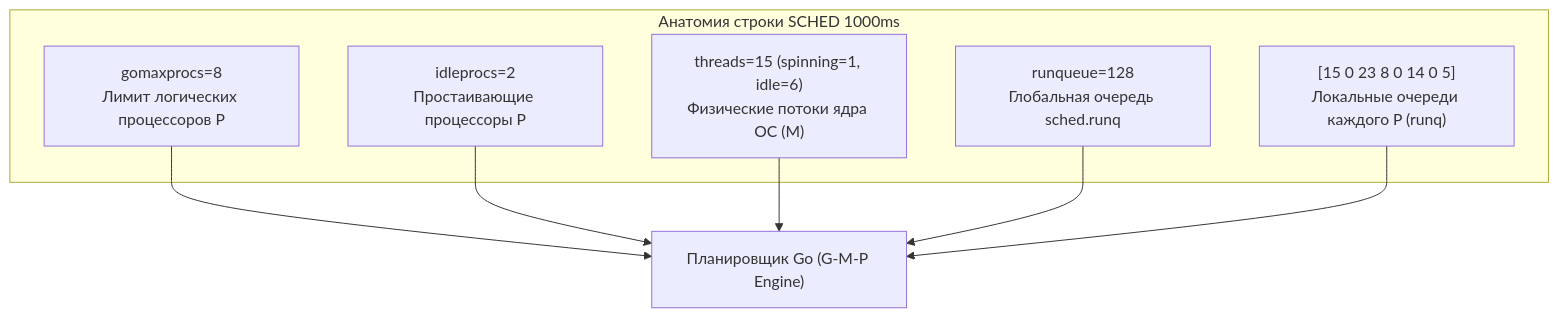
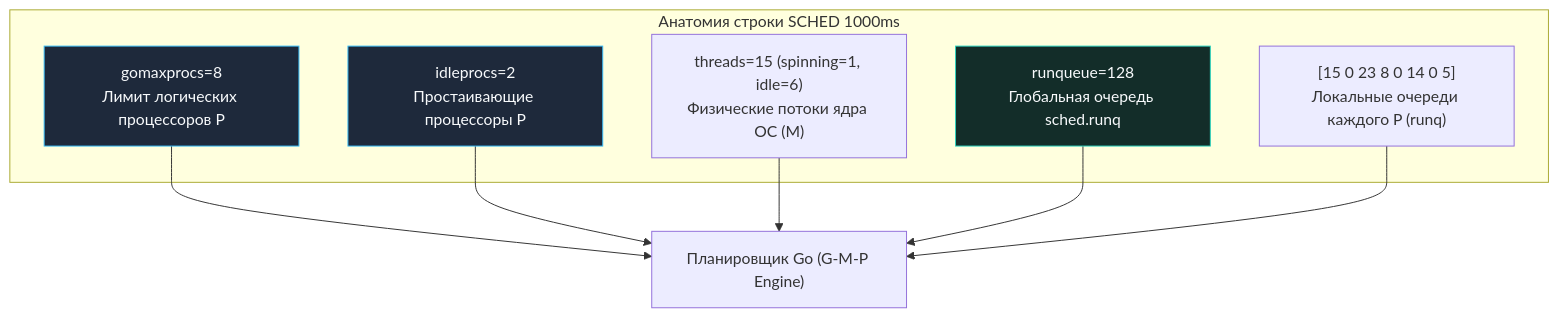
The first of 2 diagrams in sources/16. Профилирование, отладка и производительность/08. Runtime и инструменты/7. scheduler trace.md (UnrealTemplier/go-textbook), drawn with Mermaid before and after one commit. The commit also changed other lines of this file and 1666 other files, not shown here.

First line of the commit message:
feat(mermaid): add semantic color classDef to 1369 colorless flowchart/graph diagrams

````diff
--- a/sources/16. Профилирование, отладка и производительность/08. Runtime и инструменты/7. scheduler trace.md
+++ b/sources/16. Профилирование, отладка и производительность/08. Runtime и инструменты/7. scheduler trace.md
@@ -12,16 +12,26 @@
 ```mermaid
 flowchart TD
+    classDef process  fill:#1e293b,stroke:#38bdf8,stroke-width:1px,color:#f8fafc
+    classDef success  fill:#064e3b,stroke:#34d399,stroke-width:1px,color:#f8fafc
+    classDef error    fill:#7f1d1d,stroke:#f87171,stroke-width:1px,color:#f8fafc
+    classDef warning  fill:#78350f,stroke:#fbbf24,stroke-width:1px,color:#f8fafc
+    classDef entry    fill:#1e3a5f,stroke:#38bdf8,stroke-width:2px,color:#f8fafc
+    classDef aux      fill:#334155,stroke:#64748b,stroke-width:1px,color:#f8fafc
+    classDef system   fill:#312e81,stroke:#a78bfa,stroke-width:1px,color:#f8fafc
+    classDef data     fill:#132d29,stroke:#2dd4bf,stroke-width:1px,color:#f8fafc
+    classDef network  fill:#881337,stroke:#fb7185,stroke-width:1px,color:#f8fafc
+    classDef accent   fill:#1e1b4b,stroke:#818cf8,stroke-width:1px,color:#f8fafc
     subgraph SchedString ["Анатомия строки SCHED 1000ms"]
-        GMP["gomaxprocs=8<br/>Лимит логических процессоров P"]
-        IdleP["idleprocs=2<br/>Простаивающие процессоры P"]
+        GMP["gomaxprocs=8<br/>Лимит логических процессоров P"]:::process
+        IdleP["idleprocs=2<br/>Простаивающие процессоры P"]:::process
         Threads["threads=15 (spinning=1, idle=6)<br/>Физические потоки ядра ОС (M)"]
-        GlobalQ["runqueue=128<br/>Глобальная очередь sched.runq"]
+        GlobalQ["runqueue=128<br/>Глобальная очередь sched.runq"]:::data
         LocalQ["[15 0 23 8 0 14 0 5]<br/>Локальные очереди каждого P (runq)"]
     end
     
     GMP --> Engine["Планировщик Go (G-M-P Engine)"]
     IdleP --> Engine
     Threads --> Engine
     GlobalQ --> Engine
     LocalQ --> Engine
 ```
````
